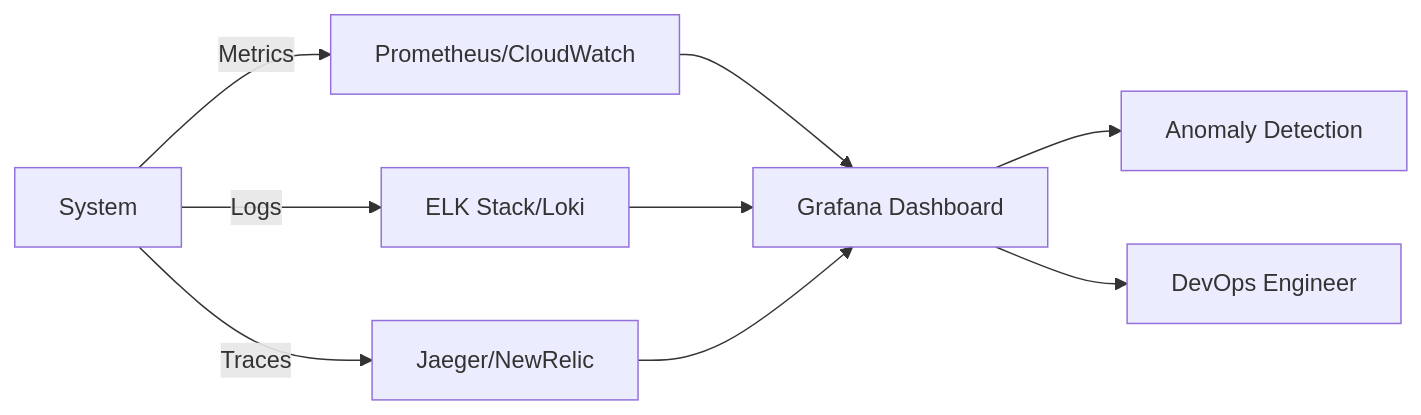
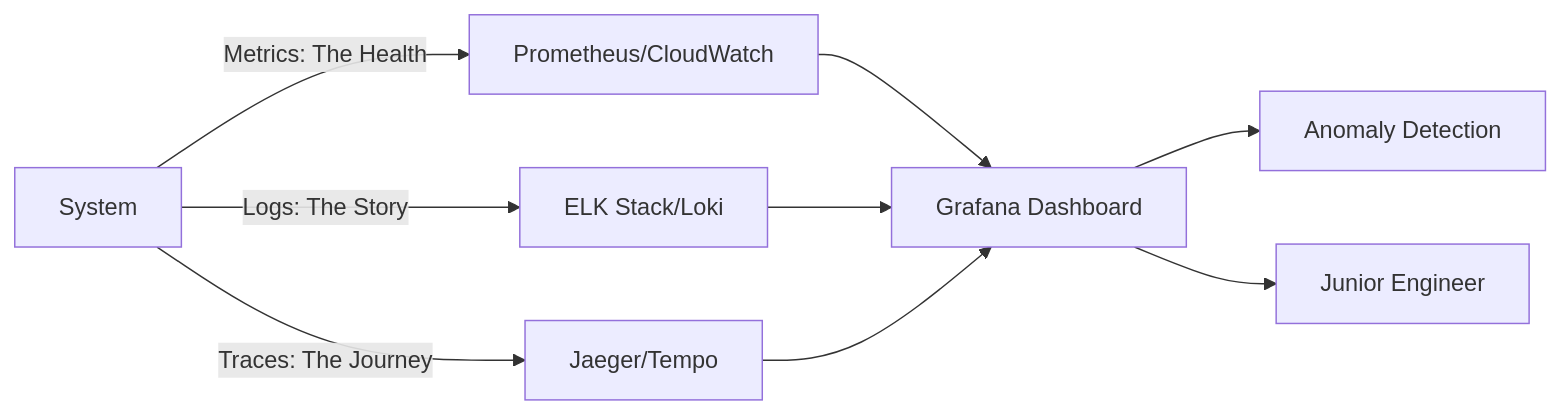
The diagram in 2-Intermediate/03-Phase-3/02-Observability-Foundations/README.md (Ganil151/Devops), drawn with Mermaid before and after one commit. The commit also changed other lines of this file and 75 other files, not shown here.

````diff
--- a/2-Intermediate/03-Phase-3/02-Observability-Foundations/README.md
+++ b/2-Intermediate/03-Phase-3/02-Observability-Foundations/README.md
@@ -52,10 +33,10 @@
 ```mermaid
 graph LR
-    System[System] -->|Metrics| P[Prometheus/CloudWatch]
-    System -->|Logs| L[ELK Stack/Loki]
-    System -->|Traces| T[Jaeger/NewRelic]
+    System[System] -->|Metrics: The Health| P[Prometheus/CloudWatch]
+    System -->|Logs: The Story| L[ELK Stack/Loki]
+    System -->|Traces: The Journey| T[Jaeger/Tempo]
     
     P & L & T --> Dashboard[Grafana Dashboard]
     Dashboard --> AI[Anomaly Detection]
-    Dashboard --> Human[DevOps Engineer]
+    Dashboard --> Human[Junior Engineer]
 ```
````
